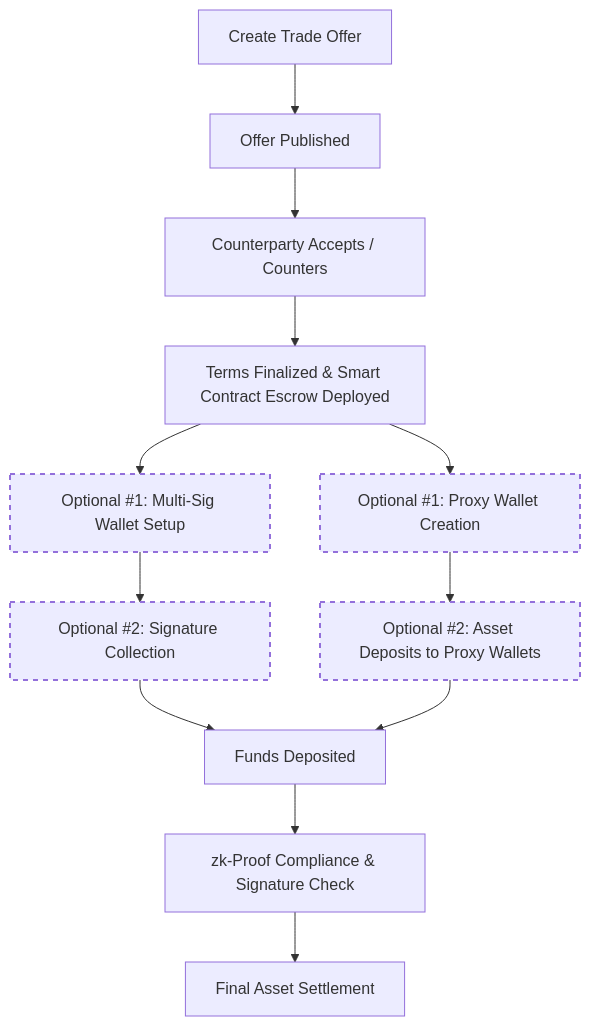
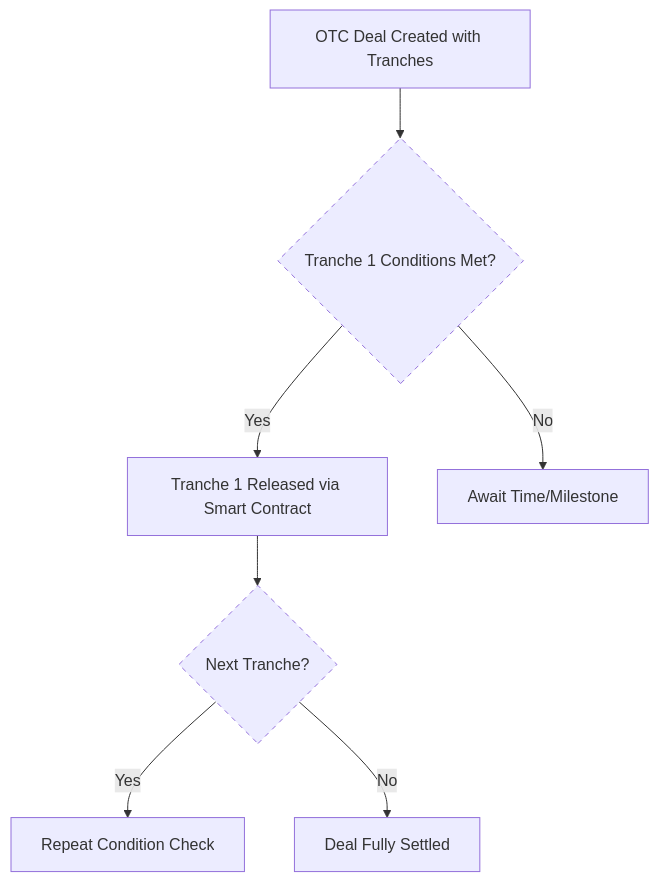
The diagram in docs/modules/tranche-and-milestone-settlement.md (nexotc/nexotc-docs), drawn with Mermaid before and after one commit. The commit also changed other lines of this file and 5 other files, not shown here.

````diff
--- a/docs/modules/tranche-and-milestone-settlement.md
+++ b/docs/modules/tranche-and-milestone-settlement.md
@@ -24,22 +20,12 @@
 ```mermaid
 flowchart TD
-  A[Create Trade Offer] --> B[Offer Published]
-  B --> C[Counterparty Accepts / Counters]
-  C --> D[Terms Finalized & Smart Contract Escrow Deployed]
-  D --> E1[Optional #1: Multi-Sig Wallet Setup]
-  D --> E2[Optional #1: Proxy Wallet Creation]
+  A[OTC Deal Created with Tranches] --> B{Tranche 1 Conditions Met?}
+  B -- Yes --> C[Tranche 1 Released via Smart Contract]
+  B -- No --> D[Await Time/Milestone]
+  C --> E{Next Tranche?}
+  E -- Yes --> F[Repeat Condition Check]
+  E -- No --> G[Deal Fully Settled]
 
-  E1 --> F1[Optional #2: Signature Collection]
-  E2 --> F2[Optional #2: Asset Deposits to Proxy Wallets]
-
-  F1 --> G[Funds Deposited]
-  F2 --> G
-
-  G --> H[zk-Proof Compliance & Signature Check]
-  H --> I[Final Asset Settlement]
-
-style E1 stroke-width:2px,stroke-dasharray: 5 5;
-style E2 stroke-width:2px,stroke-dasharray: 5 5;
-style F1 stroke-width:2px,stroke-dasharray: 5 5;
-style F2 stroke-width:2px,stroke-dasharray: 5 5;
+  style B stroke-dasharray: 5 5
+  style E stroke-dasharray: 5 5
 ```
````
